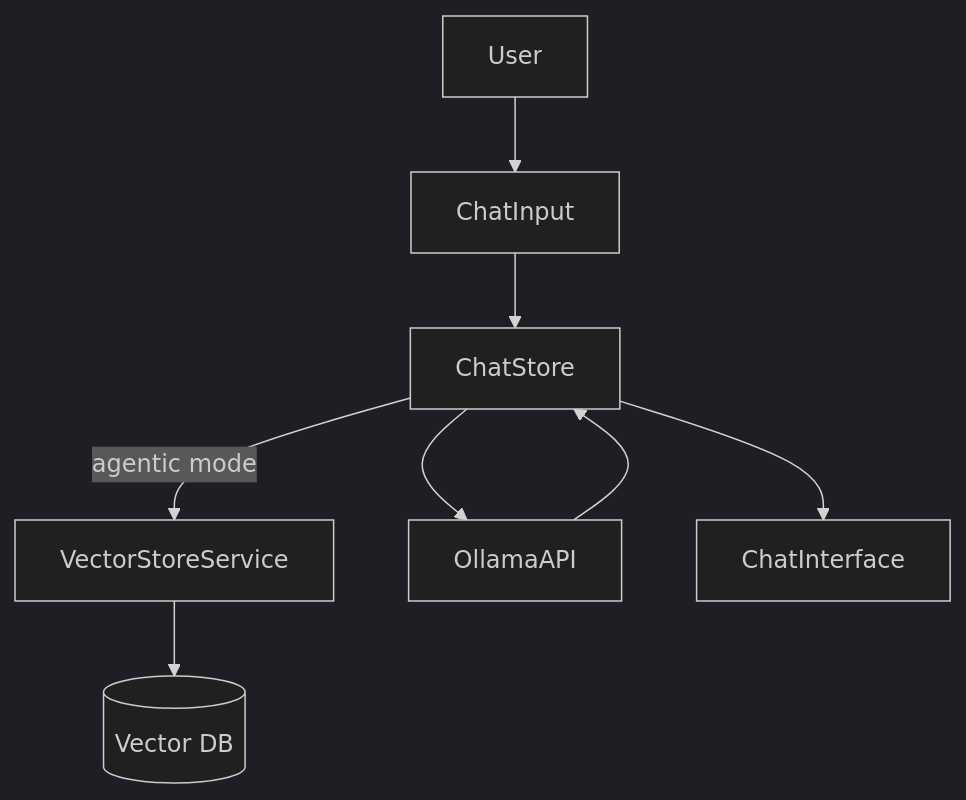
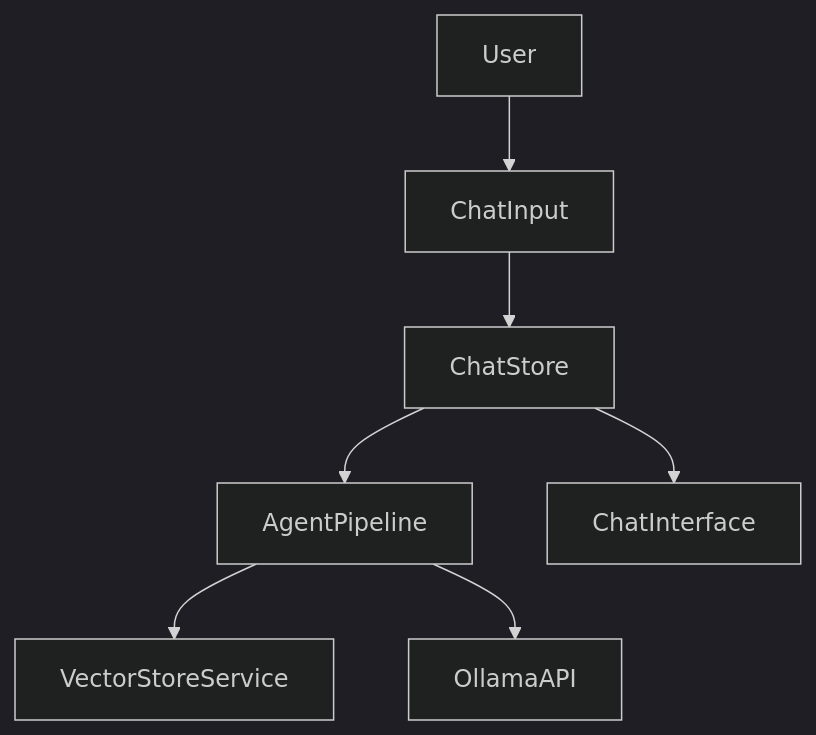
The diagram in docs/agentic-chat/overview.md (Cstannahill/ollama-web), drawn with Mermaid (dark theme) before and after one commit. The commit also changed other lines of this file and 13 other files, not shown here.

Commit message:
Enhance agentic pipeline with embeddings and reranking

````diff
--- a/docs/agentic-chat/overview.md
+++ b/docs/agentic-chat/overview.md
@@ -28,10 +29,9 @@
 ```mermaid
 flowchart TD
     User --> ChatInput
     ChatInput --> ChatStore
-    ChatStore -- agentic mode --> VectorStoreService
-    VectorStoreService --> ChromaDB[(Vector DB)]
-    ChatStore --> OllamaAPI
-    OllamaAPI --> ChatStore
+    ChatStore --> AgentPipeline
+    AgentPipeline --> VectorStoreService
+    AgentPipeline --> OllamaAPI
     ChatStore --> ChatInterface
 ```
````
